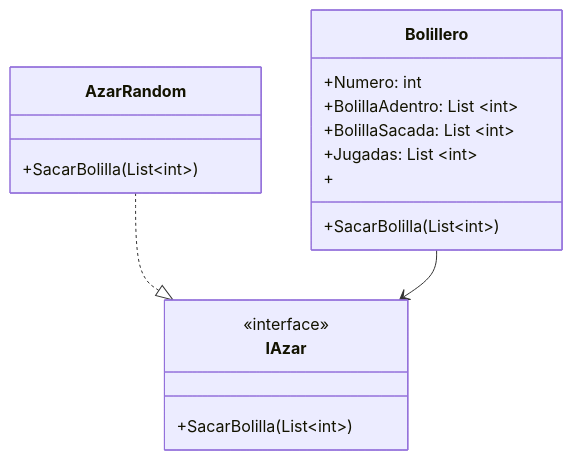
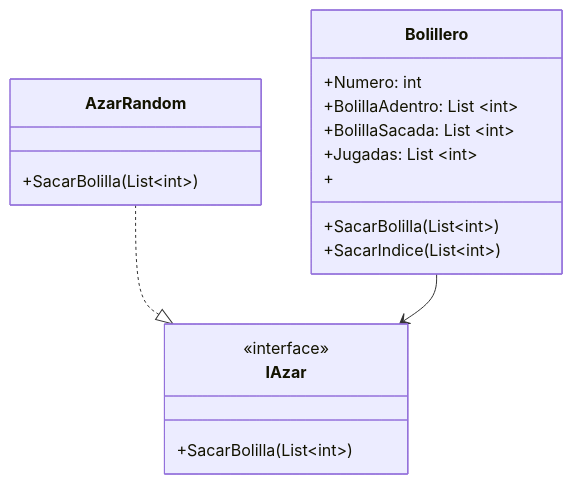
One commit to JavierMerele/Bolillero changed the diagram in docs/diagrama.md. Above: the diagram before and after it, drawn with Mermaid. The commit also changed 4 other files, not shown here.

````diff
--- a/docs/diagrama.md
+++ b/docs/diagrama.md
@@ -1,28 +1,29 @@
 ```mermaid
 classDiagram
 
 class Bolillero{
     +Numero: int
     +BolillaAdentro: List ~int~
     +BolillaSacada: List ~int~
     +Jugadas: List ~int~
     +
     +SacarBolilla(List~int~)
+    +SacarIndice(List~int~)
 
 
 }
 
 
 class IAzar{
     <<interface>>
     +SacarBolilla(List~int~)
 }
 
 
 class AzarRandom{
     +SacarBolilla(List~int~)
 }
 
  AzarRandom ..|>  IAzar
- Bolillero --> IAzar
+ Bolillero --> IAzar 
 ```
````
